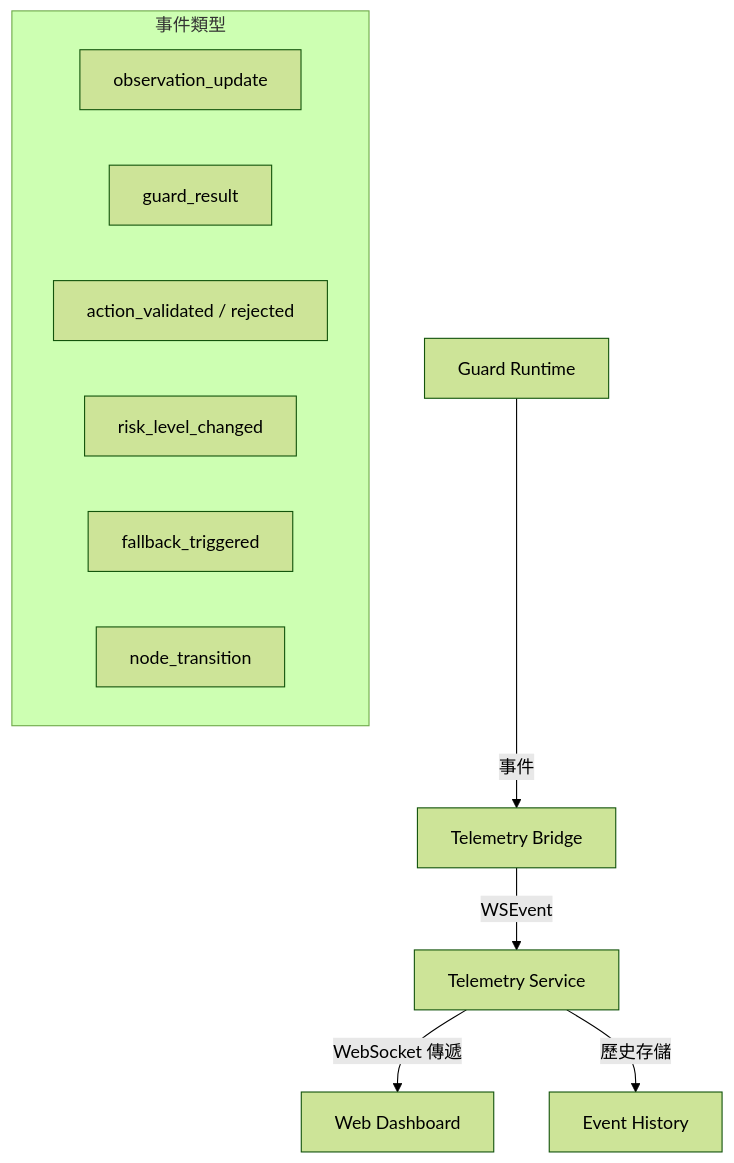
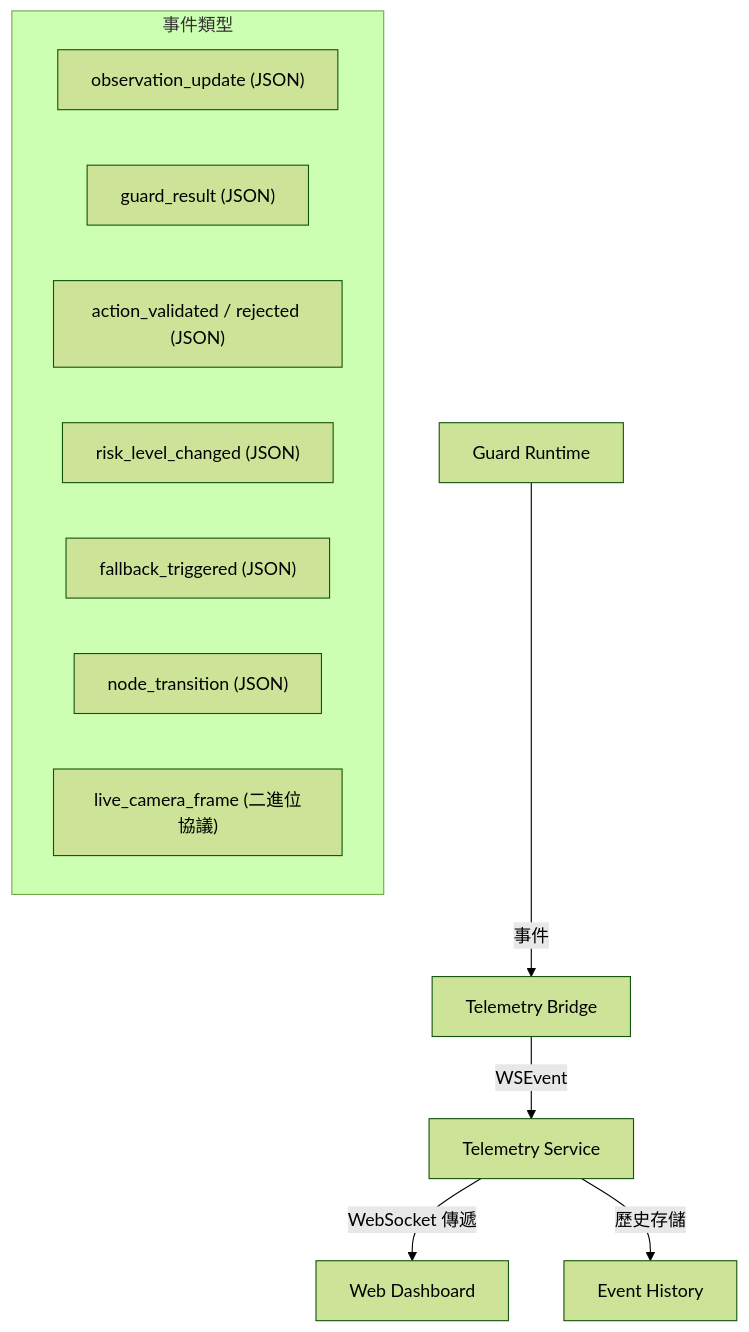
Before and after one commit to ez945y/DAM: the second of 3 diagrams in docs/DAM_Specification_zh.md, drawn with Mermaid (forest theme). The commit also changed other lines of this file and 112 other files, not shown here.

````diff
--- a/docs/DAM_Specification_zh.md
+++ b/docs/DAM_Specification_zh.md
@@ -621,16 +621,17 @@
 ```mermaid
 flowchart TB
     GR["Guard Runtime"] -->|事件| Bridge["Telemetry Bridge"]
     Bridge -->|WSEvent| TS["Telemetry Service"]
     TS -->|WebSocket 傳遞| UI["Web Dashboard"]
     TS -->|歷史存儲| DB["Event History"]
 
     subgraph "事件類型"
-        E1["observation_update"]
-        E2["guard_result"]
-        E3["action_validated / rejected"]
-        E4["risk_level_changed"]
-        E5["fallback_triggered"]
-        E6["node_transition"]
+        E1["observation_update (JSON)"]
+        E2["guard_result (JSON)"]
+        E3["action_validated / rejected (JSON)"]
+        E4["risk_level_changed (JSON)"]
+        E5["fallback_triggered (JSON)"]
+        E6["node_transition (JSON)"]
+        E7["live_camera_frame (二進位協議)"]
     end
 ```
````
